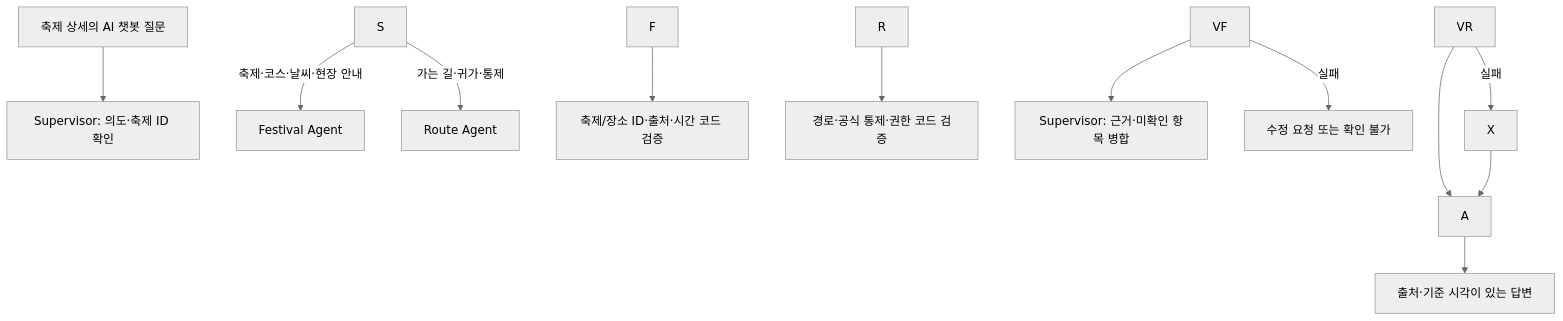
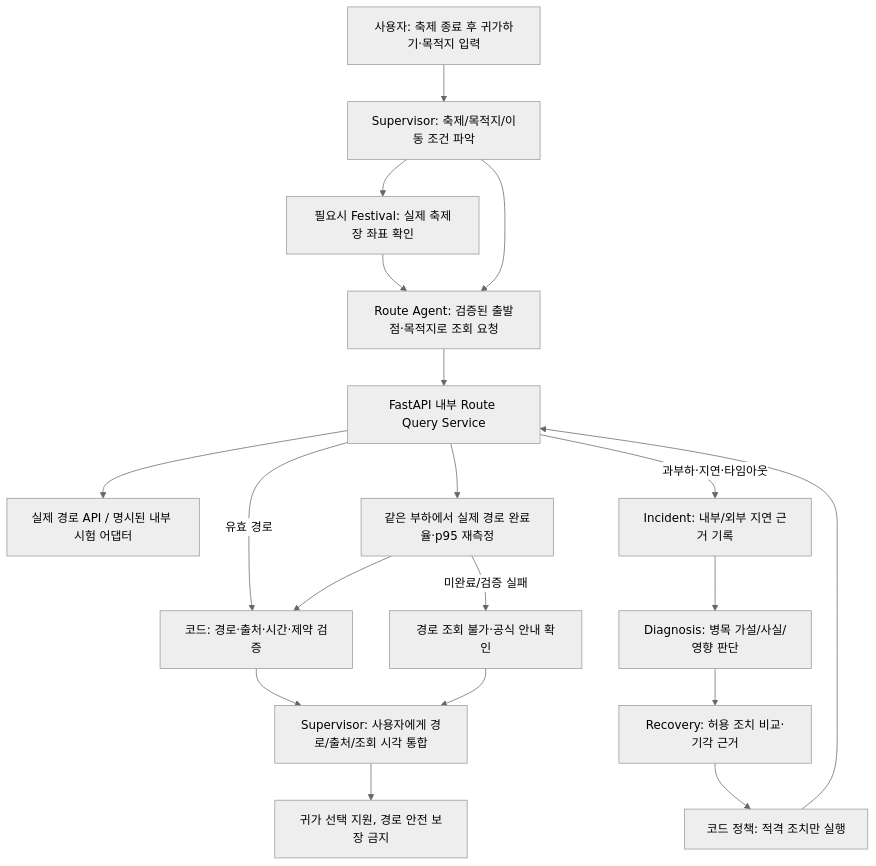
One commit to yubeenjjang/Final3team changed the third of 4 diagrams in Docs/Step 1/놀다가_기획서.md. Above: the diagram before and after it, drawn with Mermaid (neutral theme). The commit also changed other lines of this file and 1 other file, not shown here.

````diff
--- a/Docs/Step 1/놀다가_기획서.md
+++ b/Docs/Step 1/놀다가_기획서.md
@@ -735,14 +1054,21 @@
 ```mermaid
 flowchart TD
-  U\[축제 상세의 AI 챗봇 질문] --> S\[Supervisor: 의도·축제 ID 확인]
-  S -->|축제·코스·날씨·현장 안내| F\[Festival Agent]
-  S -->|가는 길·귀가·통제| R\[Route Agent]
-  F --> VF\[축제/장소 ID·출처·시간 코드 검증]
-  R --> VR\[경로·공식 통제·권한 코드 검증]
-  VF --> A\[Supervisor: 근거·미확인 항목 병합]
-  VR --> A
-  A --> O\[출처·기준 시각이 있는 답변]
-  VF -->|실패| X\[수정 요청 또는 확인 불가]
-  VR -->|실패| X
-  X --> A
+  U[사용자: 축제 종료 후 귀가하기·목적지 입력] --> S[Supervisor: 축제/목적지/이동 조건 파악]
+  S --> F[필요시 Festival: 실제 축제장 좌표 확인]
+  F --> R[Route Agent: 검증된 출발점·목적지로 조회 요청]
+  S --> R
+  R --> Q[FastAPI 내부 Route Query Service]
+  Q --> P[실제 경로 API / 명시된 내부 시험 어댑터]
+  Q -->|유효 경로| V[코드: 경로·출처·시간·제약 검증]
+  Q -->|과부하·지연·타임아웃| I[Incident: 내부/외부 지연 근거 기록]
+  I --> D[Diagnosis: 병목 가설/사실/영향 판단]
+  D --> RC[Recovery: 허용 조치 비교·기각 근거]
+  RC --> C[코드 정책: 적격 조치만 실행]
+  C --> Q
+  Q --> RE[같은 부하에서 실제 경로 완료율·p95 재측정]
+  RE --> V
+  V --> S2[Supervisor: 사용자에게 경로/출처/조회 시각 통합]
+  RE -->|미완료/검증 실패| X[경로 조회 불가·공식 안내 확인]
+  X --> S2
+  S2 --> OUT[귀가 선택 지원, 경로 안전 보장 금지]
 ```
````
